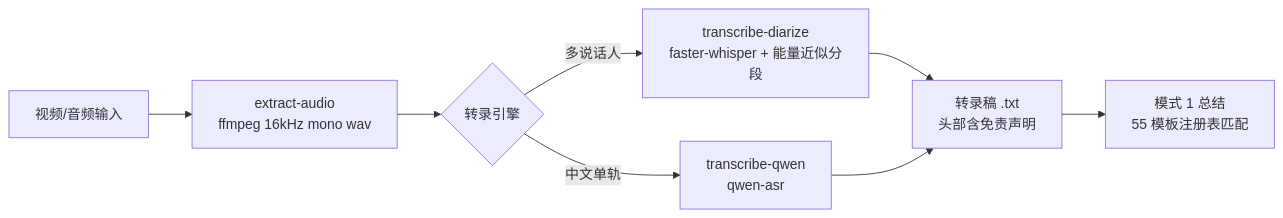
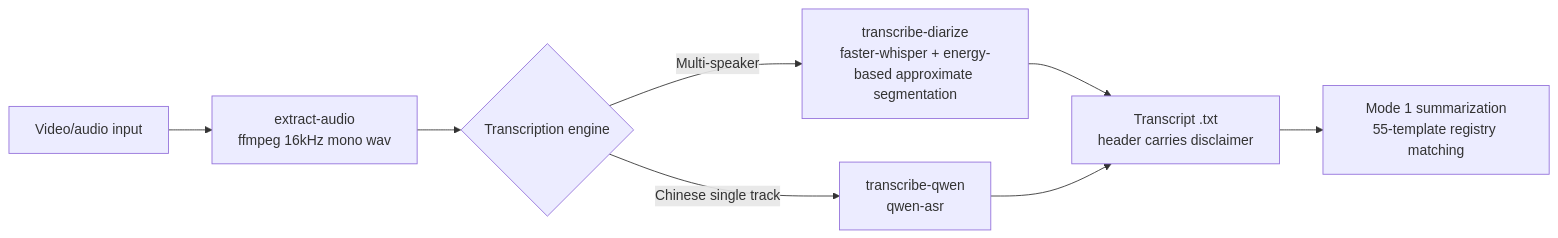
Before and after one commit to Kirky-X/cangjie: the diagram in README_EN.md, drawn with Mermaid. The commit also changed other lines of this file and 12 other files, not shown here.

````diff
--- a/README_EN.md
+++ b/README_EN.md
@@ -67,10 +69,10 @@
 ```mermaid
 flowchart LR
-    A[视频/音频输入] --> B[extract-audio<br>ffmpeg 16kHz mono wav]
-    B --> C{转录引擎}
-    C -->|多说话人| D[transcribe-diarize<br>faster-whisper + 能量近似分段]
-    C -->|中文单轨| E[transcribe-qwen<br>qwen-asr]
-    D --> F[转录稿 .txt<br>头部含免责声明]
+    A[Video/audio input] --> B[extract-audio<br>ffmpeg 16kHz mono wav]
+    B --> C{Transcription engine}
+    C -->|Multi-speaker| D[transcribe-diarize<br>faster-whisper + energy-based approximate segmentation]
+    C -->|Chinese single track| E[transcribe-qwen<br>qwen-asr]
+    D --> F[Transcript .txt<br>header carries disclaimer]
     E --> F
-    F --> G[模式 1 总结<br>55 模板注册表匹配]
+    F --> G[Mode 1 summarization<br>55-template registry matching]
 ```
````
